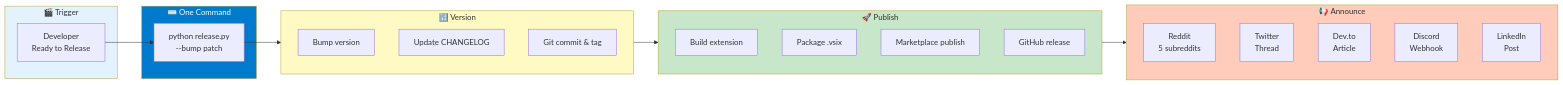
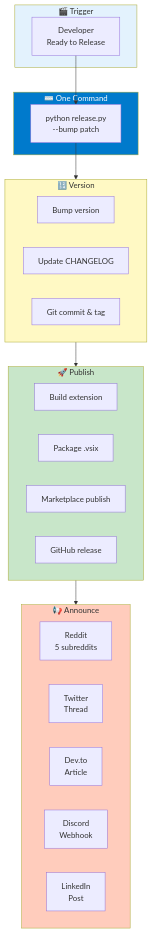
One commit to fabioc-aloha/Alex_Marketing changed the fourth of 16 diagrams in FRAMEWORK-VISUAL.md. Above: the diagram before and after it, drawn with Mermaid. The commit also changed other lines of this file, not shown here.

Commit message:
Fix formatting: normalize whitespace in Mermaid diagrams

````diff
--- a/FRAMEWORK-VISUAL.md
+++ b/FRAMEWORK-VISUAL.md
@@ -115,39 +115,39 @@
 ```mermaid
-flowchart LR
+flowchart TD
     subgraph TRIGGER["🎬 Trigger"]
         DEV[Developer<br/>Ready to Release]
     end
-    
+
     subgraph COMMAND["⌨️ One Command"]
         CMD["python release.py<br/>--bump patch"]
     end
-    
+
     subgraph VERSION["🔢 Version"]
         V1[Bump version]
         V2[Update CHANGELOG]
         V3[Git commit & tag]
     end
-    
+
     subgraph PUBLISH["🚀 Publish"]
         P1[Build extension]
         P2[Package .vsix]
         P3[Marketplace publish]
         P4[GitHub release]
     end
-    
+
     subgraph ANNOUNCE["📢 Announce"]
         A1[Reddit<br/>5 subreddits]
         A2[Twitter<br/>Thread]
         A3[Dev.to<br/>Article]
         A4[Discord<br/>Webhook]
         A5[LinkedIn<br/>Post]
     end
-    
+
     DEV --> CMD --> VERSION --> PUBLISH --> ANNOUNCE
-    
+
     style TRIGGER fill:#e3f2fd
     style COMMAND fill:#007ACC,color:#fff
     style VERSION fill:#fff9c4
     style PUBLISH fill:#c8e6c9
     style ANNOUNCE fill:#ffccbc
 ```
````
